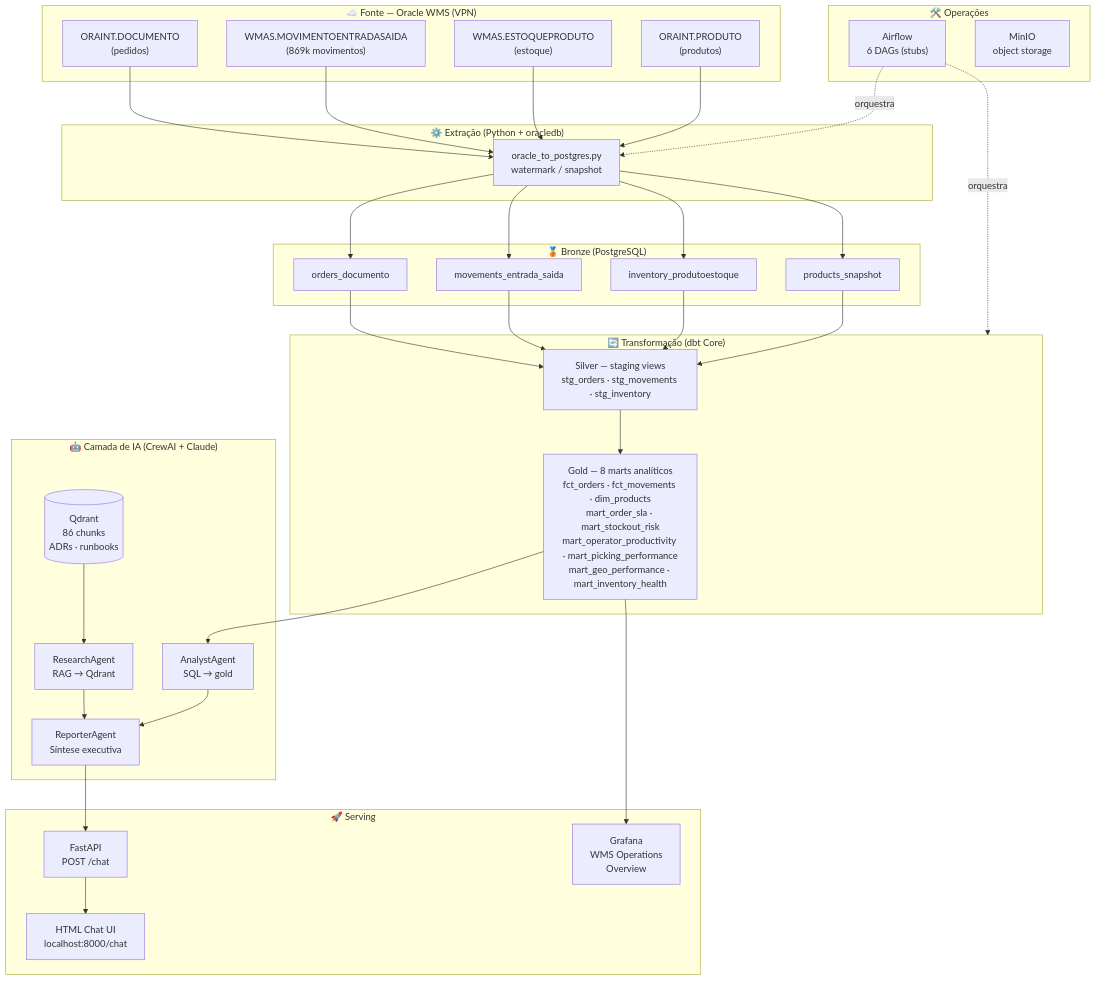
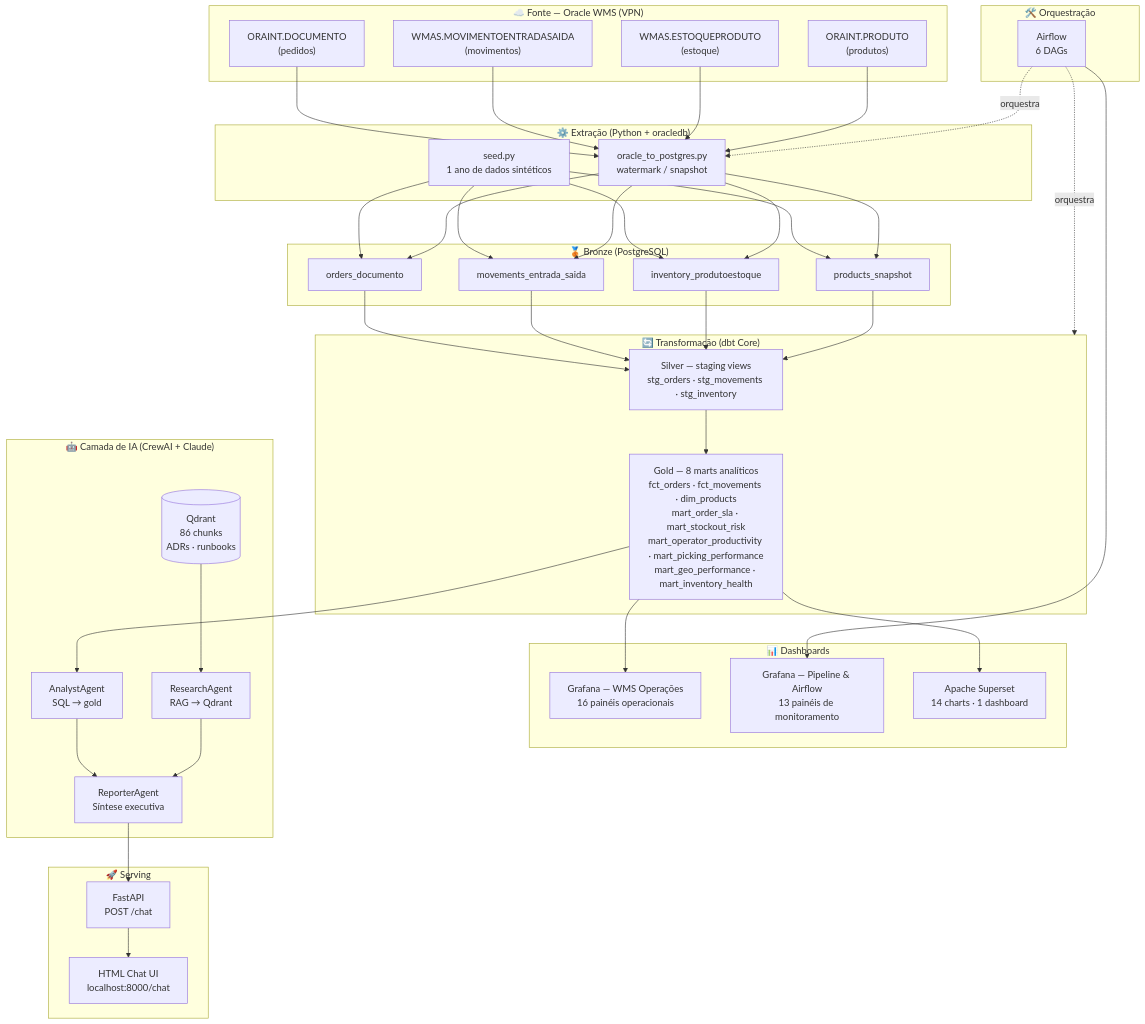
Before and after one commit to leandroslax/wms-data-platform: the first of 2 diagrams in README.md, drawn with Mermaid. The commit also changed other lines of this file, not shown here.

Commit message:
docs: README atualizado — Grafana 2 dashboards, Superset 14 charts, seed 1 ano

````diff
--- a/README.md
+++ b/README.md
@@ -11,57 +11,65 @@
 ```mermaid
 flowchart TD
     subgraph SRC["☁️ Fonte — Oracle WMS (VPN)"]
         ORA1["ORAINT.DOCUMENTO\n(pedidos)"]
-        ORA2["WMAS.MOVIMENTOENTRADASAIDA\n(869k movimentos)"]
+        ORA2["WMAS.MOVIMENTOENTRADASAIDA\n(movimentos)"]
         ORA3["WMAS.ESTOQUEPRODUTO\n(estoque)"]
         ORA4["ORAINT.PRODUTO\n(produtos)"]
     end
 
     subgraph EXT["⚙️ Extração (Python + oracledb)"]
         SCRIPT["oracle_to_postgres.py\nwatermark / snapshot"]
+        SEED["seed.py\n1 ano de dados sintéticos"]
     end
 
     subgraph BRONZE["🥉 Bronze (PostgreSQL)"]
         B1["orders_documento"]
         B2["movements_entrada_saida"]
         B3["inventory_produtoestoque"]
         B4["products_snapshot"]
     end
 
     subgraph DBT["🔄 Transformação (dbt Core)"]
         SILVER["Silver — staging views\nstg_orders · stg_movements · stg_inventory"]
         GOLD["Gold — 8 marts analíticos\nfct_orders · fct_movements · dim_products\nmart_order_sla · mart_stockout_risk\nmart_operator_productivity · mart_picking_performance\nmart_geo_performance · mart_inventory_health"]
     end
 
+    subgraph DASH["📊 Dashboards"]
+        GRAFANA_OPS["Grafana — WMS Operações\n16 painéis operacionais"]
+        GRAFANA_PIPE["Grafana — Pipeline & Airflow\n13 painéis de monitoramento"]
+        SUPERSET["Apache Superset\n14 charts · 1 dashboard"]
+    end
+
     subgraph AI["🤖 Camada de IA (CrewAI + Claude)"]
         AA["AnalystAgent\nSQL → gold"]
         RA["ResearchAgent\nRAG → Qdrant"]
         REP["ReporterAgent\nSíntese executiva"]
         QDRANT[("Qdrant\n86 chunks\nADRs · runbooks")]
     end
 
     subgraph SERVE["🚀 Serving"]
         API["FastAPI\nPOST /chat"]
         UI["HTML Chat UI\nlocalhost:8000/chat"]
-        GRAFANA["Grafana\nWMS Operations\nOverview"]
     end
 
-    subgraph OPS["🛠️ Operações"]
-        AIRFLOW["Airflow\n6 DAGs (stubs)"]
-        MINIO["MinIO\nobject storage"]
+    subgraph OPS["🛠️ Orquestração"]
+        AIRFLOW["Airflow\n6 DAGs"]
     end
 
     ORA1 & ORA2 & ORA3 & ORA4 --> SCRIPT
+    SEED --> B1 & B2 & B3 & B4
     SCRIPT --> B1 & B2 & B3 & B4
     B1 & B2 & B3 & B4 --> SILVER
     SILVER --> GOLD
+    GOLD --> GRAFANA_OPS
+    GOLD --> SUPERSET
+    AIRFLOW --> GRAFANA_PIPE
     GOLD --> AA
     QDRANT --> RA
     AA --> REP
     RA --> REP
     REP --> API
     API --> UI
-    GOLD --> GRAFANA
     AIRFLOW -.->|"orquestra"| SCRIPT
     AIRFLOW -.->|"orquestra"| DBT
 ```
````
